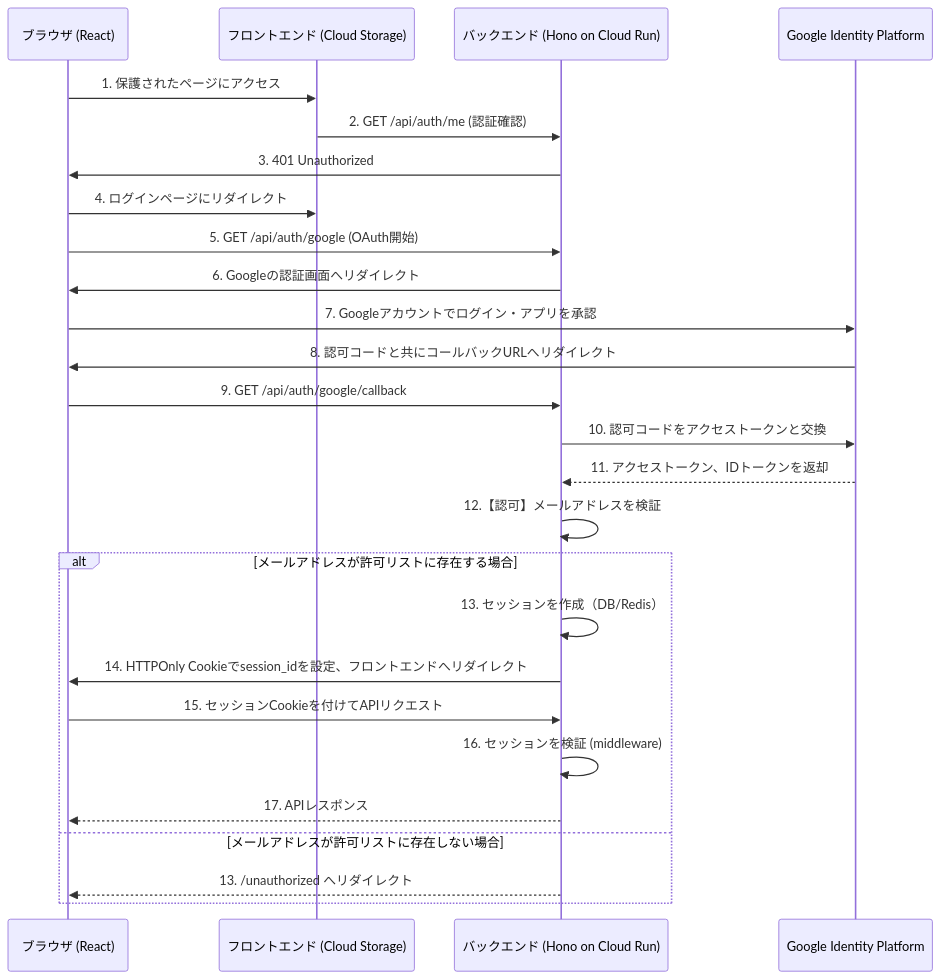
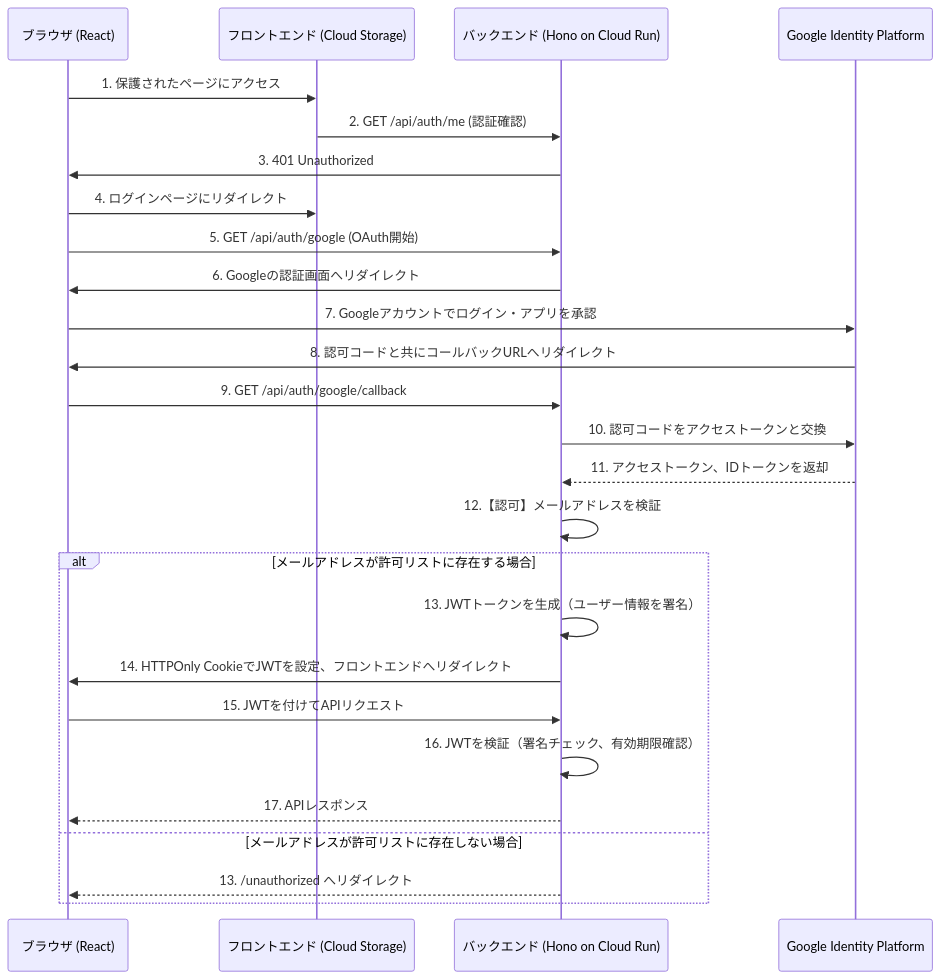
The diagram in docs/design/10_authentication.md (utky/preschool-agent), drawn with Mermaid before and after one commit. The commit also changed other lines of this file and 1 other file, not shown here.

````diff
--- a/docs/design/10_authentication.md
+++ b/docs/design/10_authentication.md
@@ -7,29 +7,29 @@
 ```mermaid
 sequenceDiagram
     participant Browser as ブラウザ (React)
     participant Frontend as フロントエンド (Cloud Storage)
     participant Backend as バックエンド (Hono on Cloud Run)
     participant Google as Google Identity Platform
 
     Browser->>Frontend: 1. 保護されたページにアクセス
     Frontend->>Backend: 2. GET /api/auth/me (認証確認)
     Backend->>Browser: 3. 401 Unauthorized
     Browser->>Frontend: 4. ログインページにリダイレクト
     Browser->>Backend: 5. GET /api/auth/google (OAuth開始)
     Backend->>Browser: 6. Googleの認証画面へリダイレクト
     Browser->>Google: 7. Googleアカウントでログイン・アプリを承認
     Google->>Browser: 8. 認可コードと共にコールバックURLへリダイレクト
     Browser->>Backend: 9. GET /api/auth/google/callback
     Backend->>Google: 10. 認可コードをアクセストークンと交換
     Google-->>Backend: 11. アクセストークン、IDトークンを返却
     Backend->>Backend: 12.【認可】メールアドレスを検証
     alt メールアドレスが許可リストに存在する場合
-        Backend->>Backend: 13. セッションを作成（DB/Redis）
-        Backend->>Browser: 14. HTTPOnly Cookieでsession_idを設定、フロントエンドへリダイレクト
-        Browser->>Backend: 15. セッションCookieを付けてAPIリクエスト
-        Backend->>Backend: 16. セッションを検証 (middleware)
+        Backend->>Backend: 13. JWTトークンを生成（ユーザー情報を署名）
+        Backend->>Browser: 14. HTTPOnly CookieでJWTを設定、フロントエンドへリダイレクト
+        Browser->>Backend: 15. JWTを付けてAPIリクエスト
+        Backend->>Backend: 16. JWTを検証（署名チェック、有効期限確認）
         Backend-->>Browser: 17. APIレスポンス
     else メールアドレスが許可リストに存在しない場合
         Backend-->>Browser: 13. /unauthorized へリダイレクト
     end
 ```
````
